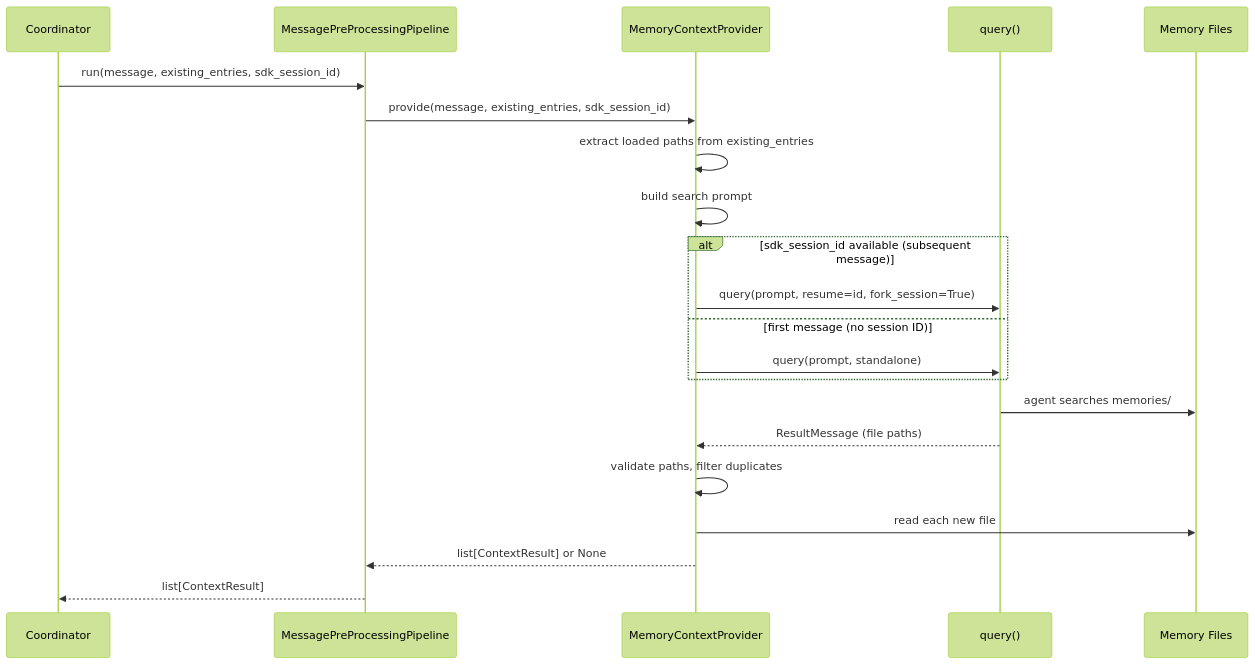
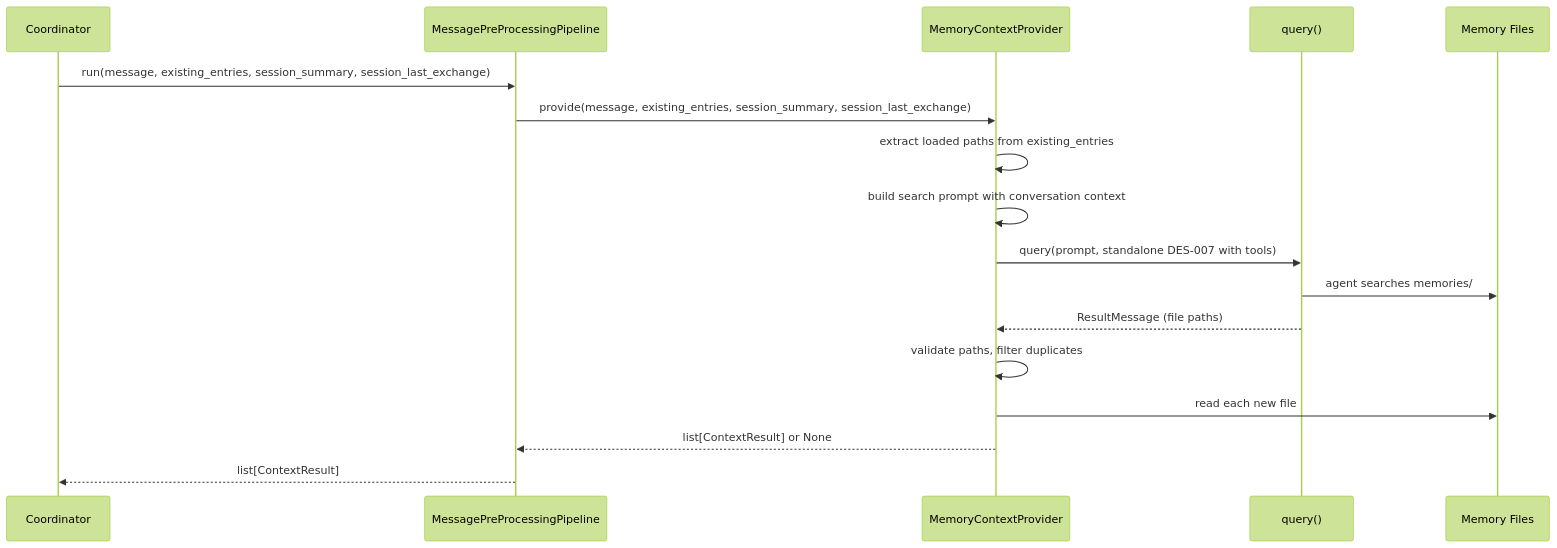
One commit to asermax/tachikoma changed the diagram in docs/feature-designs/memory/memory-context-retrieval.md. Above: the diagram before and after it, drawn with Mermaid (forest theme). The commit also changed other lines of this file and 4 other files, not shown here.

First line of the commit message:
docs: reconcile feature docs for session context changes

````diff
--- a/docs/feature-designs/memory/memory-context-retrieval.md
+++ b/docs/feature-designs/memory/memory-context-retrieval.md
@@ -65,24 +65,20 @@
 ```mermaid
 sequenceDiagram
     participant Coordinator
     participant Pipeline as MessagePreProcessingPipeline
     participant Memory as MemoryContextProvider
     participant SDK as query()
     participant FS as Memory Files
 
-    Coordinator->>Pipeline: run(message, existing_entries, sdk_session_id)
-    Pipeline->>Memory: provide(message, existing_entries, sdk_session_id)
+    Coordinator->>Pipeline: run(message, existing_entries, session_summary, session_last_exchange)
+    Pipeline->>Memory: provide(message, existing_entries, session_summary, session_last_exchange)
     Memory->>Memory: extract loaded paths from existing_entries
-    Memory->>Memory: build search prompt
-    alt sdk_session_id available (subsequent message)
-        Memory->>SDK: query(prompt, resume=id, fork_session=True)
-    else first message (no session ID)
-        Memory->>SDK: query(prompt, standalone)
-    end
+    Memory->>Memory: build search prompt with conversation context
+    Memory->>SDK: query(prompt, standalone DES-007 with tools)
     SDK->>FS: agent searches memories/
     SDK-->>Memory: ResultMessage (file paths)
     Memory->>Memory: validate paths, filter duplicates
     Memory->>FS: read each new file
     Memory-->>Pipeline: list[ContextResult] or None
     Pipeline-->>Coordinator: list[ContextResult]
 ```
````
